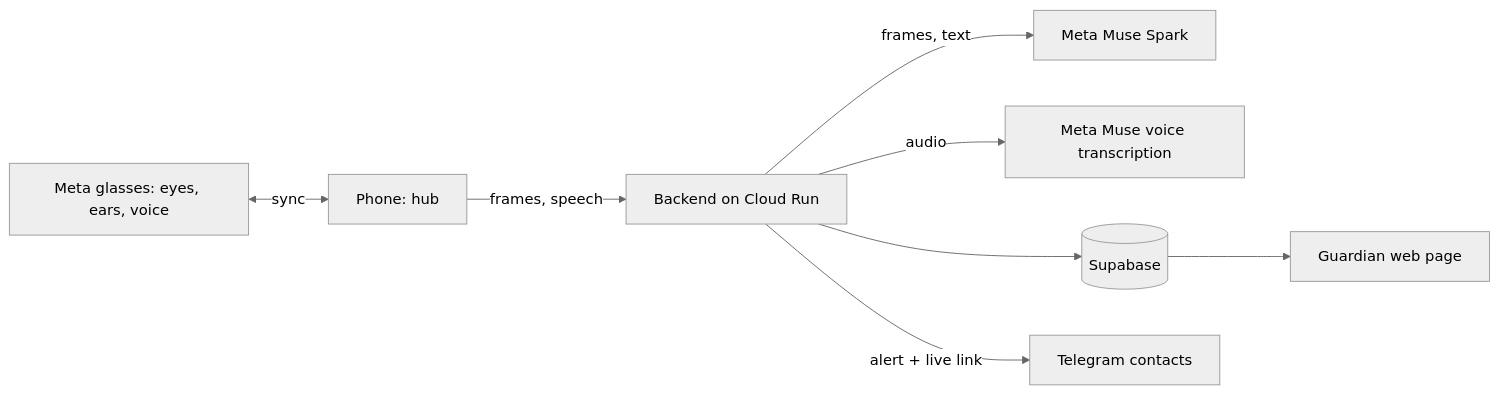
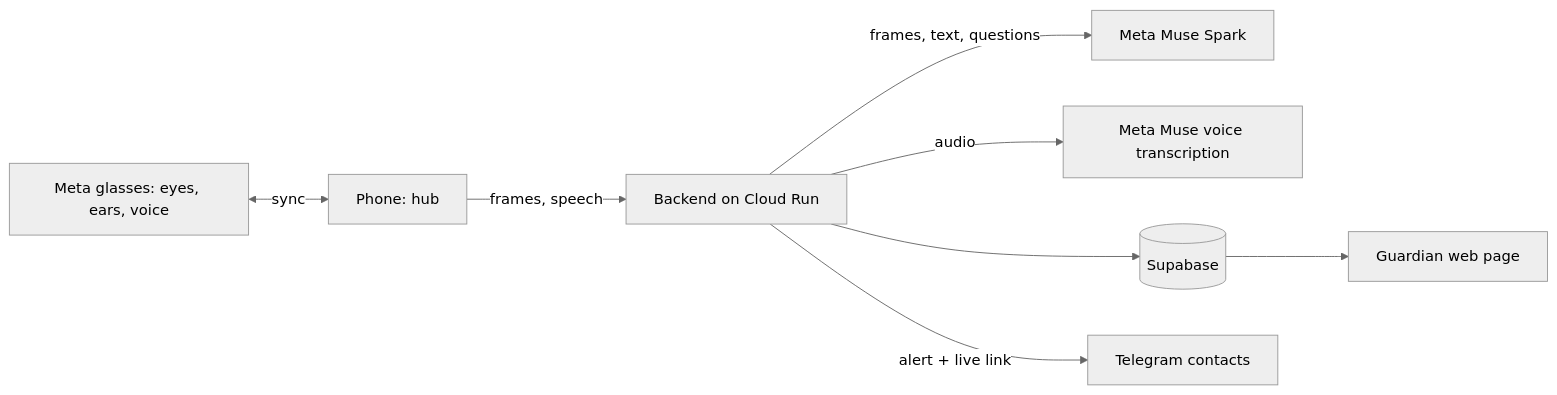
The diagram in README.md (ujj14kal/safeguard), drawn with Mermaid (neutral theme) before and after one commit. The commit also changed other lines of this file and 27 other files, not shown here.

````diff
--- a/README.md
+++ b/README.md
@@ -83,10 +176,10 @@
 ```mermaid
 flowchart LR
   G[Meta glasses: eyes, ears, voice] <-->|sync| P[Phone: hub]
   P -->|frames, speech| B[Backend on Cloud Run]
-  B -->|frames, text| M[Meta Muse Spark]
+  B -->|frames, text, questions| M[Meta Muse Spark]
   B -->|audio| A[Meta Muse voice transcription]
   B --> S[(Supabase)]
   B -->|alert + live link| T[Telegram contacts]
   S --> W[Guardian web page]
 ```
````
